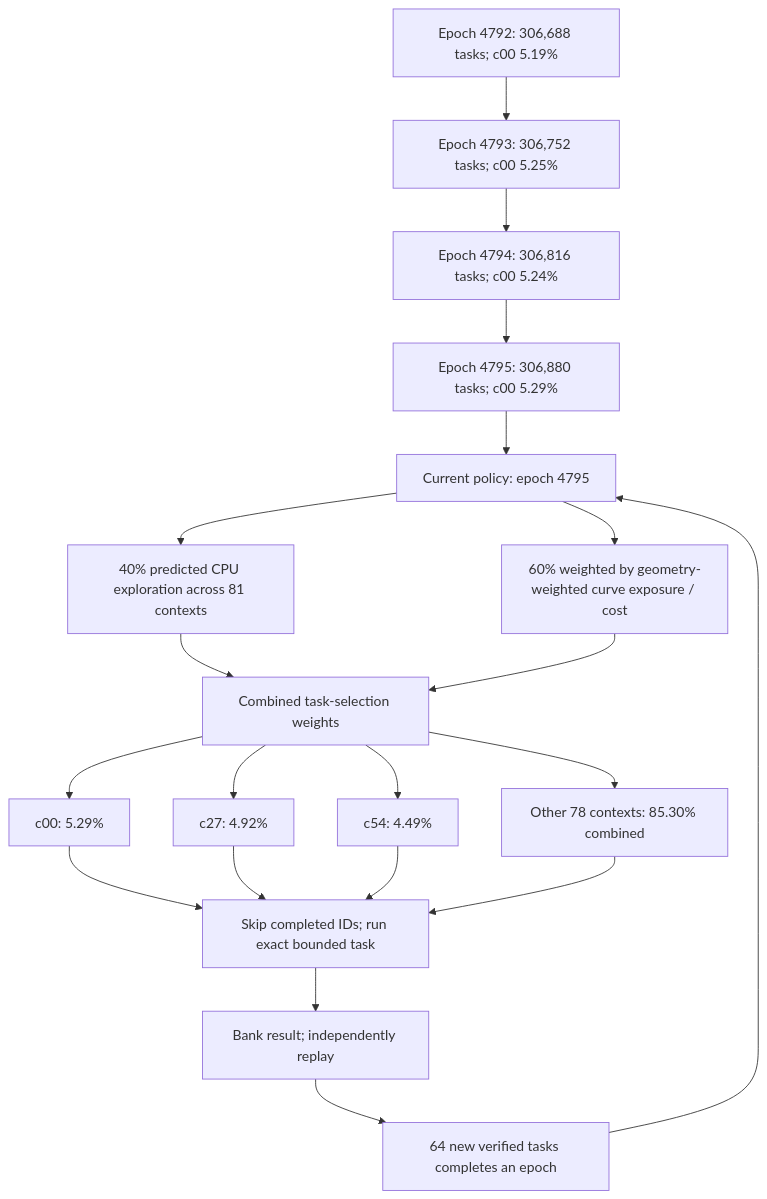
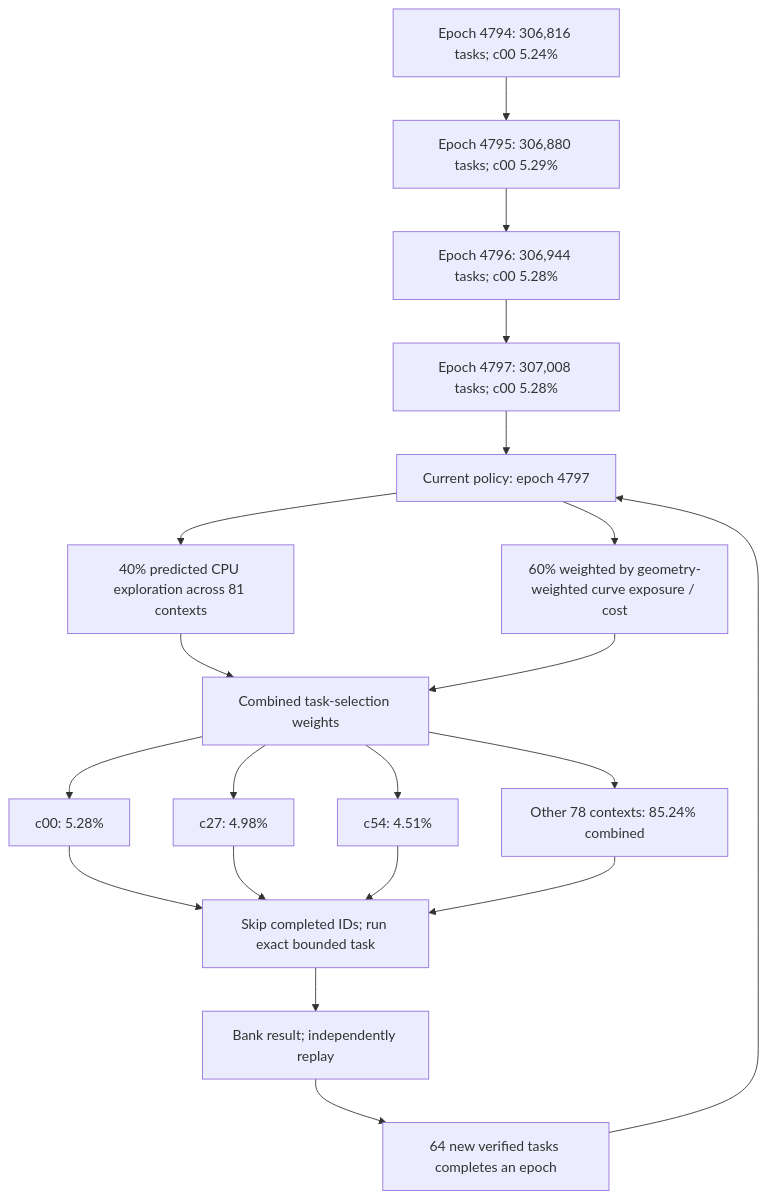
Before and after one commit to Kuberwastaken/math-gambling: the first of 3 diagrams in README.md, drawn with Mermaid. The commit also changed other lines of this file and 342 other files, not shown here.

````diff
--- a/README.md
+++ b/README.md
@@ -60,27 +60,27 @@
 ```mermaid
 flowchart TD
-    H0["Epoch 4792: 306,688 tasks; c00 5.19%"]
-    H1["Epoch 4793: 306,752 tasks; c00 5.25%"]
+    H0["Epoch 4794: 306,816 tasks; c00 5.24%"]
+    H1["Epoch 4795: 306,880 tasks; c00 5.29%"]
     H0 --> H1
-    H2["Epoch 4794: 306,816 tasks; c00 5.24%"]
+    H2["Epoch 4796: 306,944 tasks; c00 5.28%"]
     H1 --> H2
-    H3["Epoch 4795: 306,880 tasks; c00 5.29%"]
+    H3["Epoch 4797: 307,008 tasks; c00 5.28%"]
     H2 --> H3
-    Policy["Current policy: epoch 4795"]
+    Policy["Current policy: epoch 4797"]
     H3 --> Policy
     Policy --> Explore["40% predicted CPU exploration across 81 contexts"]
     Policy --> Cost["60% weighted by geometry-weighted curve exposure / cost"]
     Explore --> Mix["Combined task-selection weights"]
     Cost --> Mix
-    Mix --> C0["c00: 5.29%"]
-    Mix --> C1["c27: 4.92%"]
-    Mix --> C2["c54: 4.49%"]
-    Mix --> Rest["Other 78 contexts: 85.30% combined"]
+    Mix --> C0["c00: 5.28%"]
+    Mix --> C1["c27: 4.98%"]
+    Mix --> C2["c54: 4.51%"]
+    Mix --> Rest["Other 78 contexts: 85.24% combined"]
     C0 --> Check["Skip completed IDs; run exact bounded task"]
     C1 --> Check
     C2 --> Check
     Rest --> Check
     Check --> Replay["Bank result; independently replay"]
     Replay --> Gate["64 new verified tasks completes an epoch"]
     Gate --> Policy
 ```
````
